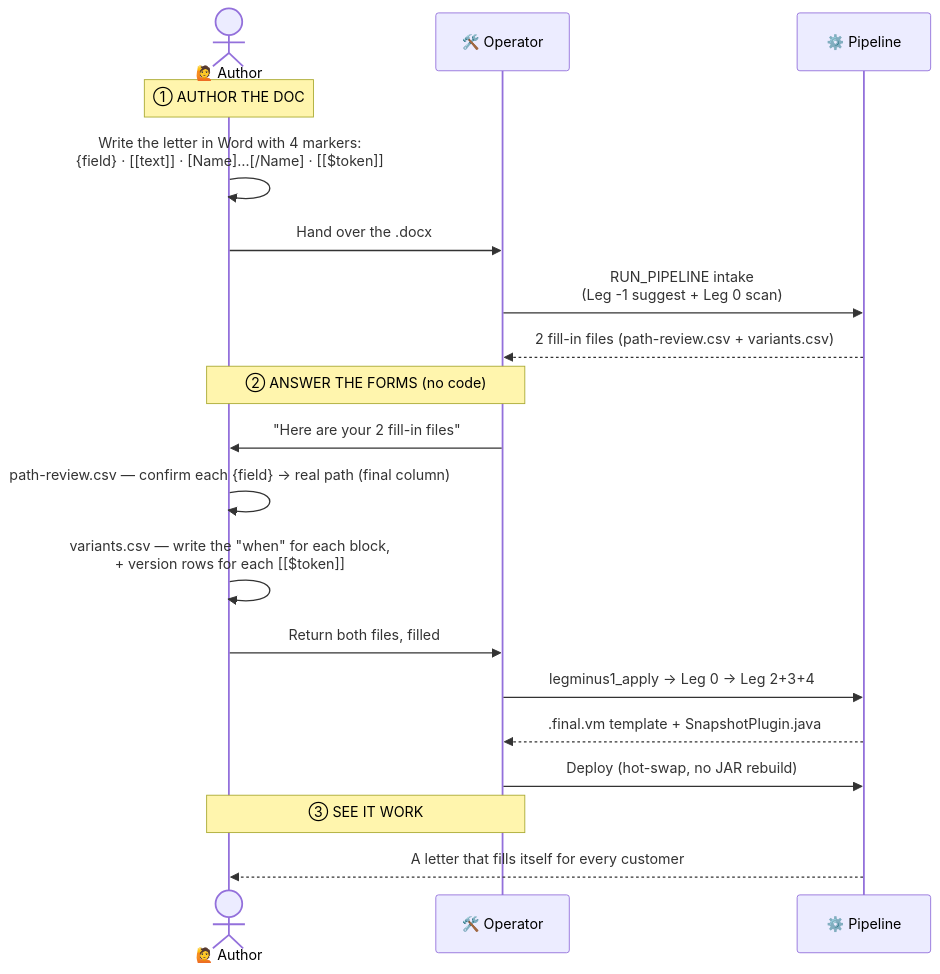
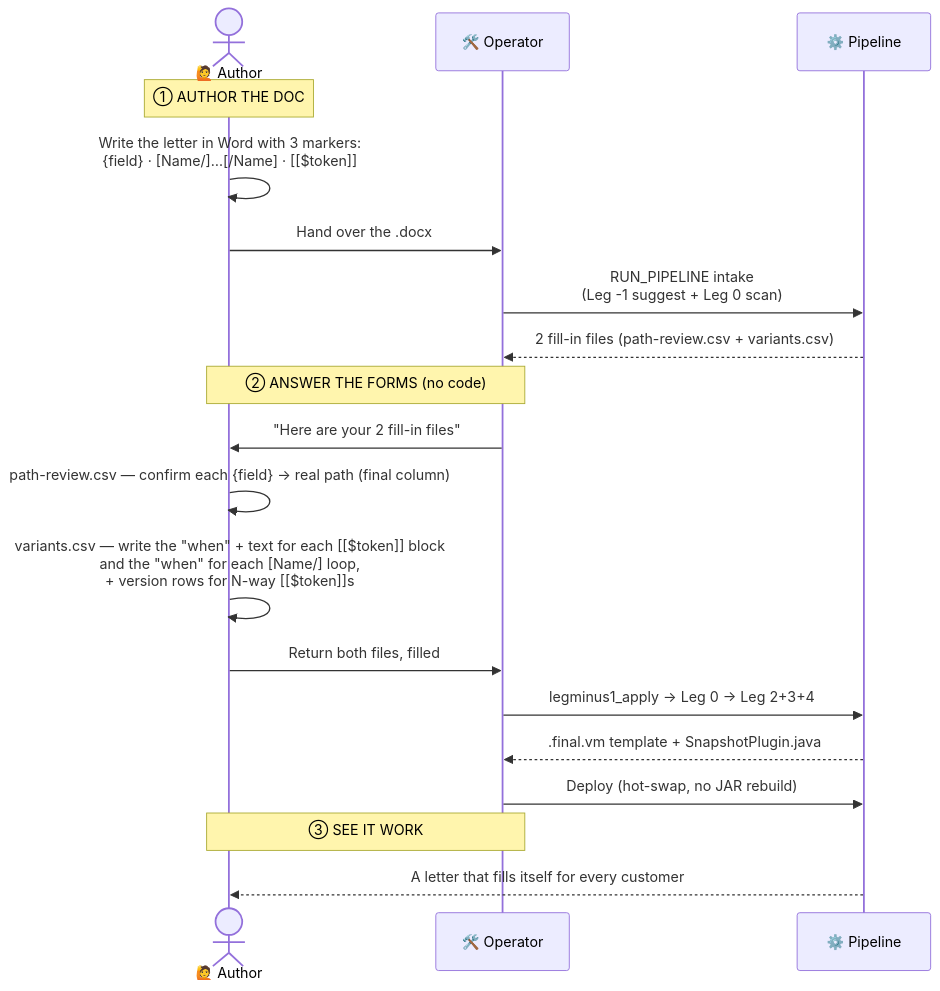
The first of 4 diagrams in docs/pipeline-dataflow.md (joshlawrence-web/socotra-document-conversion), drawn with Mermaid before and after one commit. The commit also changed other lines of this file and 59 other files, not shown here.

````diff
--- a/docs/pipeline-dataflow.md
+++ b/docs/pipeline-dataflow.md
@@ -27,26 +27,26 @@
 ```mermaid
 sequenceDiagram
     actor Priya as 🙋 Author
     participant Sam as 🛠️ Operator
     participant Pipe as ⚙️ Pipeline
 
     Note over Priya: ① AUTHOR THE DOC
-    Priya->>Priya: Write the letter in Word with 4 markers:<br/>{field} · [[text]] · [Name]…[/Name] · [[$token]]
+    Priya->>Priya: Write the letter in Word with 3 markers:<br/>{field} · [Name/]…[/Name] · [[$token]]
     Priya->>Sam: Hand over the .docx
 
     Sam->>Pipe: RUN_PIPELINE intake<br/>(Leg -1 suggest + Leg 0 scan)
     Pipe-->>Sam: 2 fill-in files (path-review.csv + variants.csv)
 
     Note over Priya,Sam: ② ANSWER THE FORMS (no code)
     Sam->>Priya: "Here are your 2 fill-in files"
     Priya->>Priya: path-review.csv — confirm each {field} → real path (final column)
-    Priya->>Priya: variants.csv — write the "when" for each block,<br/>+ version rows for each [[$token]]
+    Priya->>Priya: variants.csv — write the "when" + text for each [[$token]] block<br/>and the "when" for each [Name/] loop,<br/>+ version rows for N-way [[$token]]s
     Priya->>Sam: Return both files, filled
 
     Sam->>Pipe: legminus1_apply → Leg 0 → Leg 2+3+4
     Pipe-->>Sam: .final.vm template + SnapshotPlugin.java
     Sam->>Pipe: Deploy (hot-swap, no JAR rebuild)
 
     Note over Priya,Sam: ③ SEE IT WORK
     Pipe-->>Priya: A letter that fills itself for every customer
 ```
````
